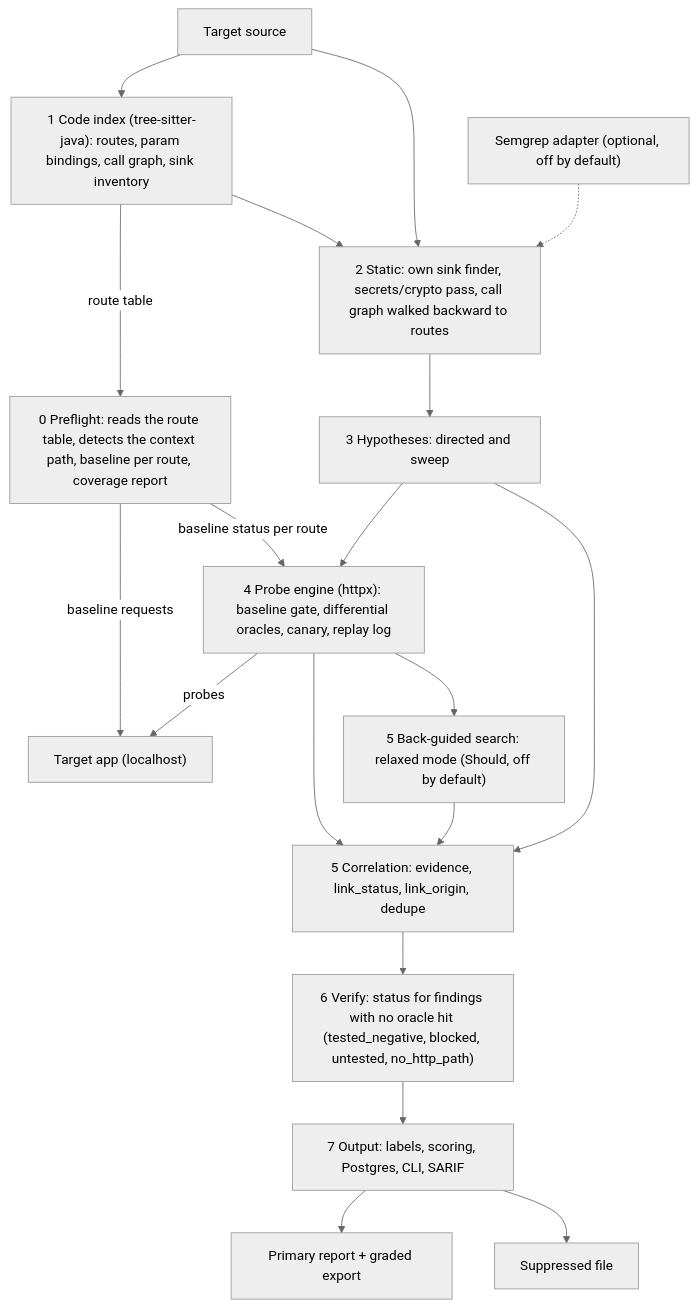
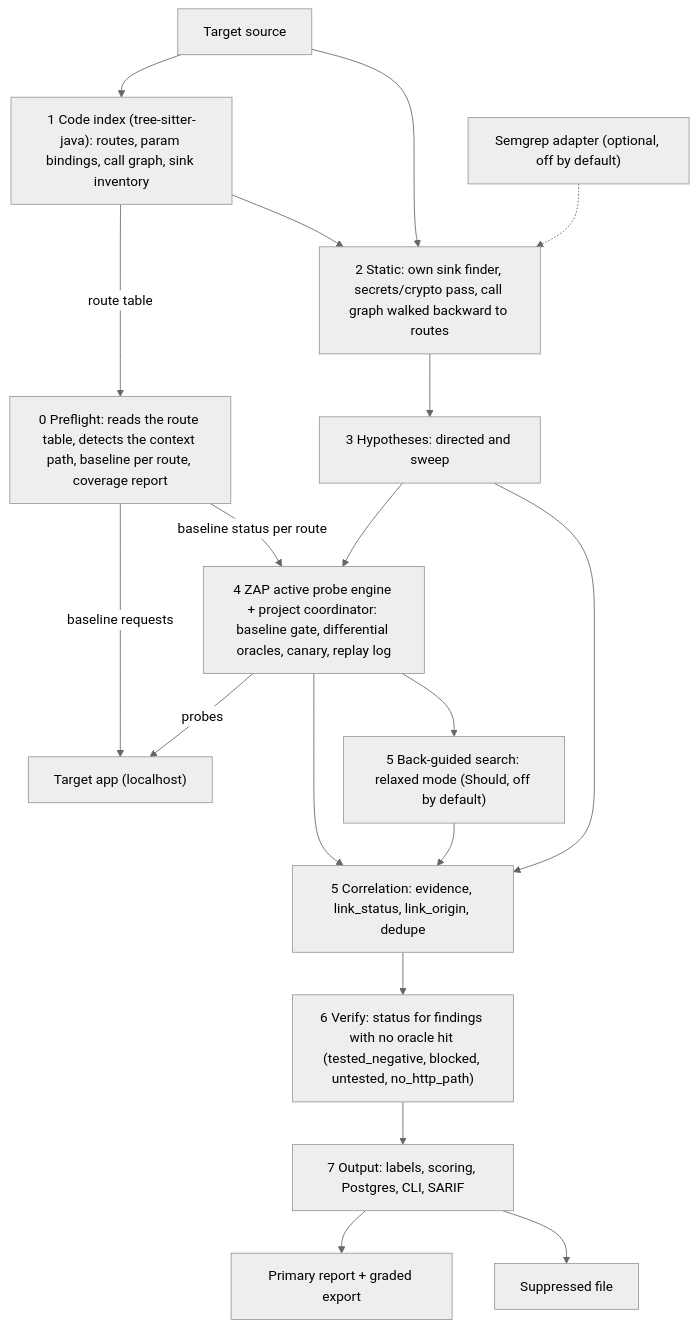
The first of 2 diagrams in docs/architecture.md (ROHITH-KUMAR-L/elenchus), drawn with Mermaid (neutral theme) before and after one commit. The commit also changed other lines of this file and 6 other files, not shown here.

First line of the commit message:
Refactor documentation to reflect ZAP as the active probe engine

````diff
--- a/docs/architecture.md
+++ b/docs/architecture.md
@@ -27,33 +29,33 @@
 ```mermaid
 flowchart TD
     src[Target source]
     app["Target app (localhost)"]
     idx["1 Code index (tree-sitter-java): routes, param bindings, call graph, sink inventory"]
     pre["0 Preflight: reads the route table, detects the context path, baseline per route, coverage report"]
     sta["2 Static: own sink finder, secrets/crypto pass, call graph walked backward to routes"]
     semgrep["Semgrep adapter (optional, off by default)"]
     hyp["3 Hypotheses: directed and sweep"]
-    probe["4 Probe engine (httpx): baseline gate, differential oracles, canary, replay log"]
+    probe["4 ZAP active probe engine + project coordinator: baseline gate, differential oracles, canary, replay log"]
     corr["5 Correlation: evidence, link_status, link_origin, dedupe"]
     bg["5 Back-guided search: relaxed mode (Should, off by default)"]
     ver["6 Verify: status for findings with no oracle hit (tested_negative, blocked, untested, no_http_path)"]
     out["7 Output: labels, scoring, Postgres, CLI, SARIF"]
     src --> idx
     idx -- route table --> pre
     pre -- baseline requests --> app
     idx --> sta
     src --> sta
     semgrep -.-> sta
     sta --> hyp
     pre -- baseline status per route --> probe
     hyp --> probe
     probe -- probes --> app
     probe --> corr
     probe --> bg
     bg --> corr
     hyp --> corr
     corr --> ver
     ver --> out
     out --> graded["Primary report + graded export"]
     out --> supp["Suppressed file"]
 ```
````
